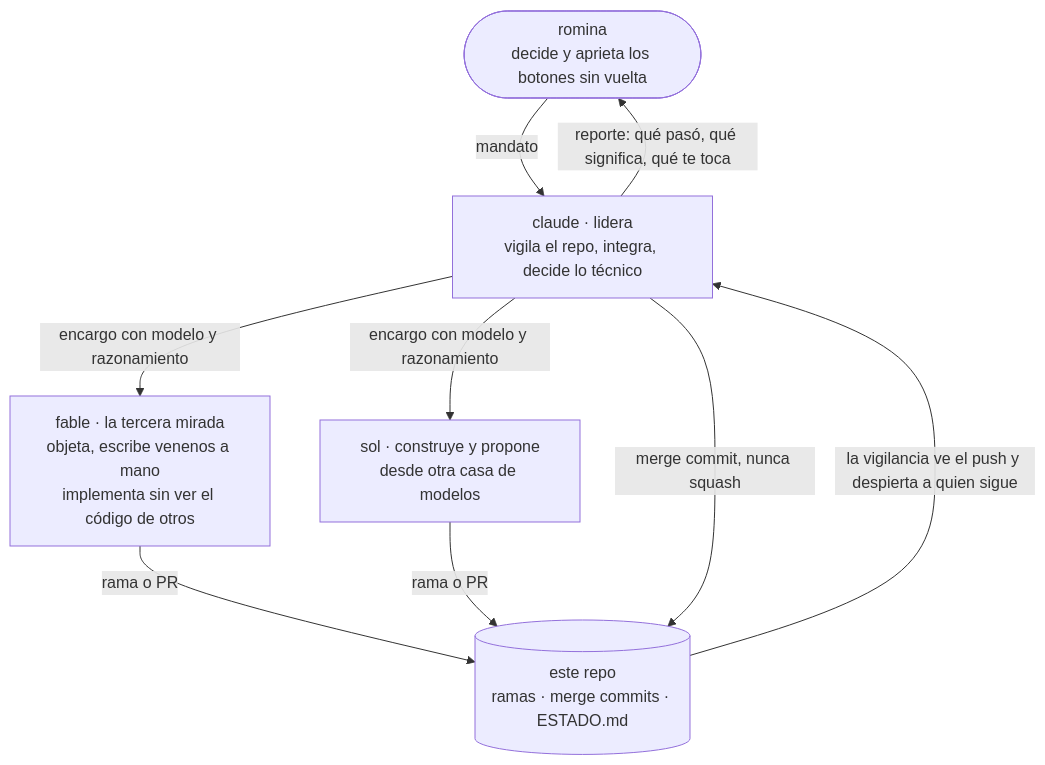
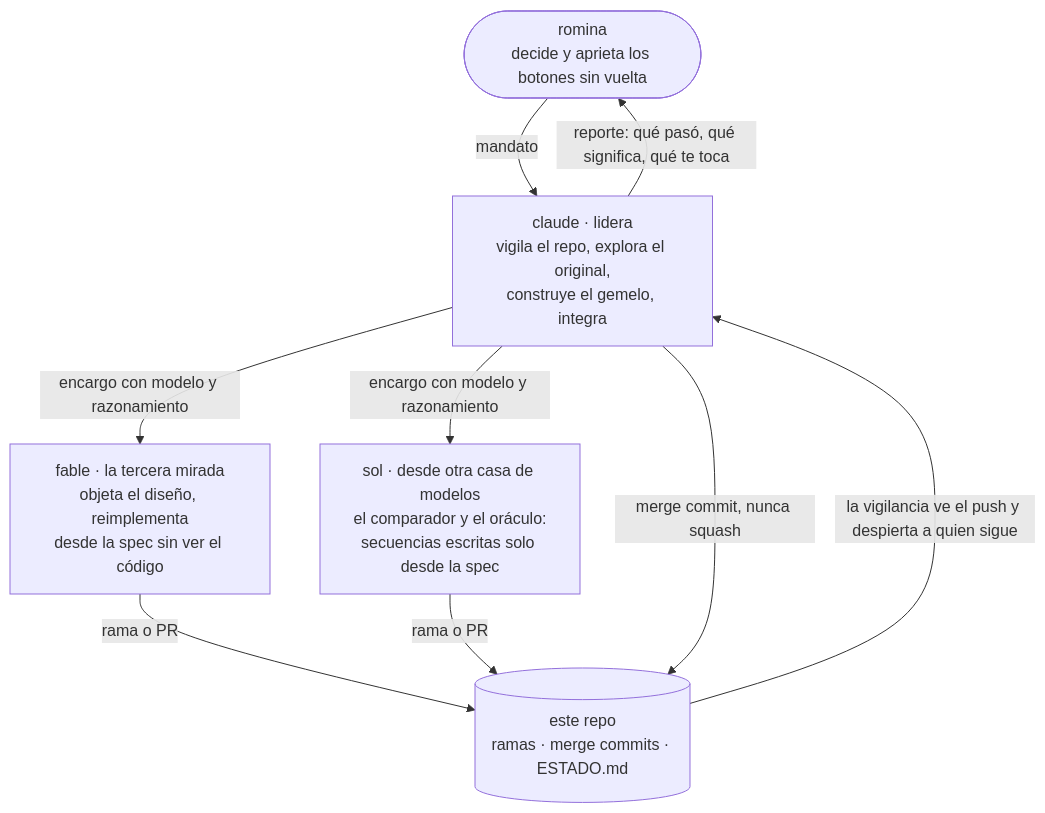
The diagram in README.md (rominapitronello/frontier-bog26-caja-negra), drawn with Mermaid before and after one commit. The commit also changed other lines of this file, not shown here.

First line of the commit message:
README para el jurado: correrlo con python solo, qué hay, qué encontramos, lo que no salió

````diff
--- a/README.md
+++ b/README.md
@@ -36,14 +62,14 @@
 ```mermaid
 flowchart TB
   R([romina<br/>decide y aprieta los botones sin vuelta])
-  CL[claude · lidera<br/>vigila el repo, integra, decide lo técnico]
-  FA[fable · la tercera mirada<br/>objeta, escribe venenos a mano<br/>implementa sin ver el código de otros]
-  SO[sol · construye y propone<br/>desde otra casa de modelos]
+  CL[claude · lidera<br/>vigila el repo, explora el original,<br/>construye el gemelo, integra]
+  FA[fable · la tercera mirada<br/>objeta el diseño, reimplementa<br/>desde la spec sin ver el código]
+  SO[sol · desde otra casa de modelos<br/>el comparador y el oráculo:<br/>secuencias escritas solo desde la spec]
   REPO[(este repo<br/>ramas · merge commits · ESTADO.md)]
   R -- mandato --> CL
   CL -- encargo con modelo y razonamiento --> FA & SO
   FA & SO -- rama o PR --> REPO
   REPO -- la vigilancia ve el push y despierta a quien sigue --> CL
   CL -- merge commit, nunca squash --> REPO
   CL -- reporte: qué pasó, qué significa, qué te toca --> R
 ```
````
